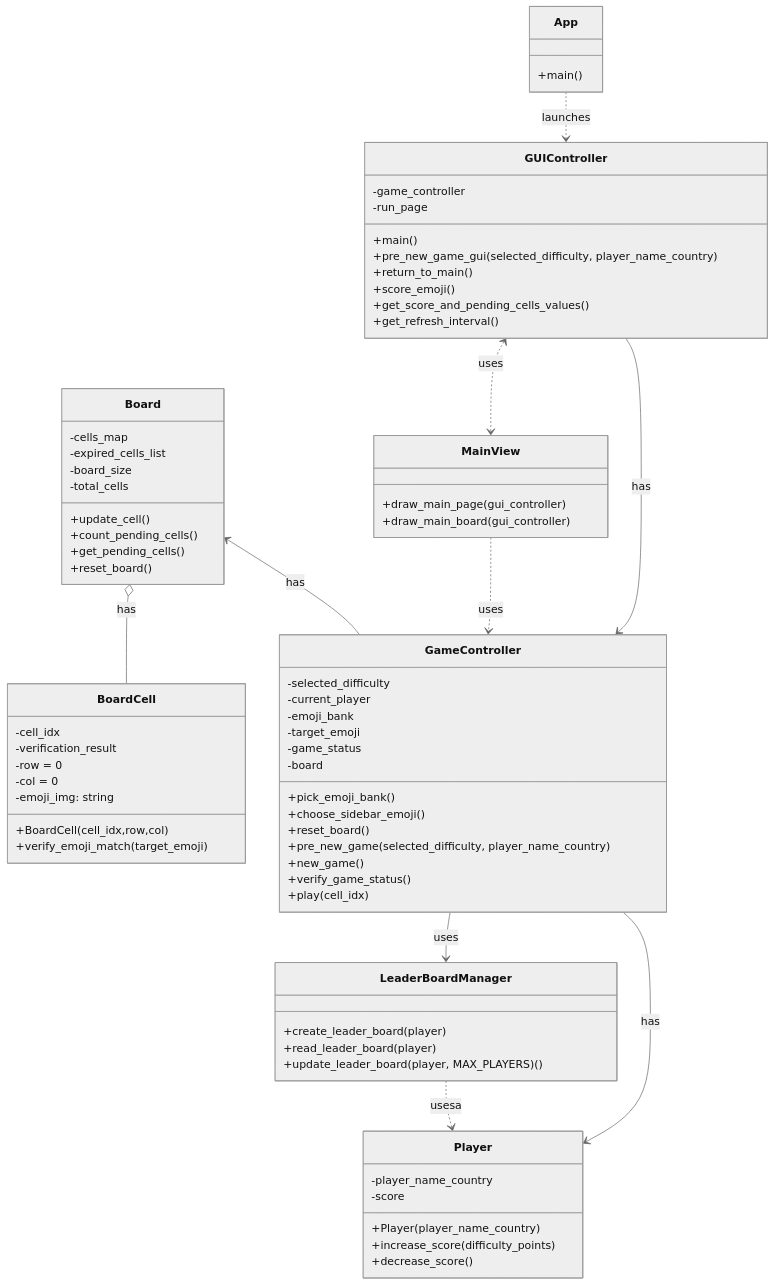
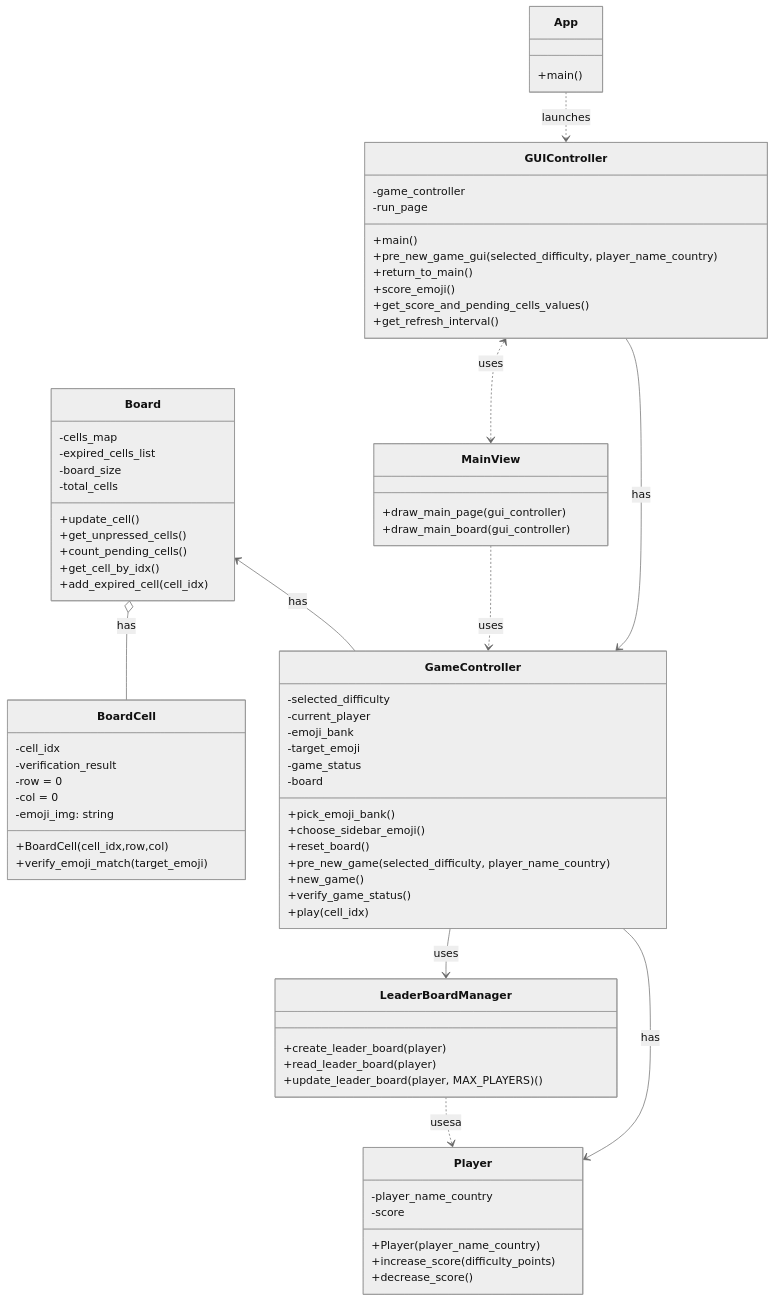
Before and after one commit to 300CIS017-Object-Oriented-Programming/9.-pixmatch_refactor: the diagram in README.md, drawn with Mermaid (neutral theme). The commit also changed 2 other files, not shown here.

Commit message:
MOD: Agrega lógica para controlar conteo de celdas pendientes. Pendiente manejo del leaderboard, pendiente que los emojis pinten bien, pendiente tamaño del tablero está quedando de 1 columna y  1 fila de menos, pendiente quitar mensajes de prueba del tablero principal

````diff
--- a/README.md
+++ b/README.md
@@ -36,76 +36,77 @@
 ```mermaid
 classDiagram
     class GameController {
         -selected_difficulty
         -current_player
         -emoji_bank
         -target_emoji
         -game_status
         -board
         +pick_emoji_bank()
         +choose_sidebar_emoji()
         +reset_board()
         +pre_new_game(selected_difficulty, player_name_country)
         +new_game()
         +verify_game_status()
         +play(cell_idx)
     }
     class GUIController {
         -game_controller
         -run_page
         +main()
         +pre_new_game_gui(selected_difficulty, player_name_country)
         +return_to_main()
         +score_emoji()
         +get_score_and_pending_cells_values()
         +get_refresh_interval()
     }
     class Board {
         -cells_map
         -expired_cells_list
         -board_size
         -total_cells 
         +update_cell()
+        +get_unpressed_cells()
         +count_pending_cells()
-        +get_pending_cells()
-        +reset_board()
+        +get_cell_by_idx()
+        +add_expired_cell(cell_idx)
     }
     class BoardCell {
         -cell_idx
         -verification_result
         -row = 0
         -col = 0
         -emoji_img: string
         +BoardCell(cell_idx,row,col)
         +verify_emoji_match(target_emoji)
     }
     class LeaderBoardManager {
         +create_leader_board(player)
         +read_leader_board(player)
         +update_leader_board(player, MAX_PLAYERS)()
     }
     class Player {
         -player_name_country
         -score
         
         +Player(player_name_country)
         +increase_score(difficulty_points)
         +decrease_score()
     }
     class MainView {
         +draw_main_page(gui_controller)
         +draw_main_board(gui_controller)
     }
     class App {
         +main()
     }
     GUIController --> GameController : has
     Board <-- GameController : has
     Board o-- BoardCell : has
     GameController --> Player : has
     GameController --> LeaderBoardManager : uses
     LeaderBoardManager ..> Player : usesa
     MainView ..> GameController : uses
     GUIController <..> MainView : uses
     App ..> GUIController : launches
 ```
````
